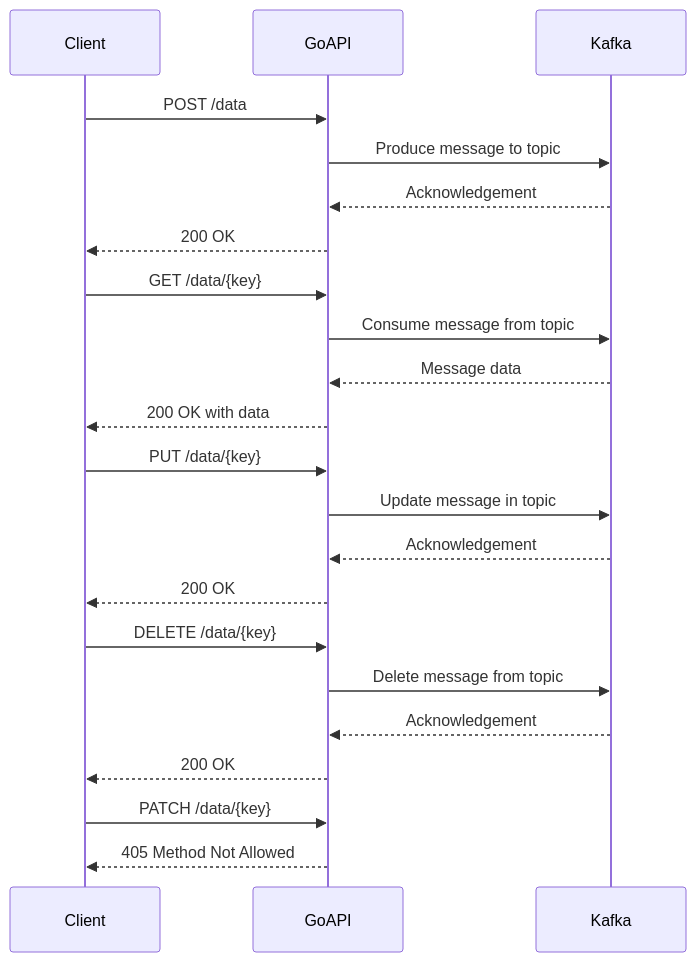
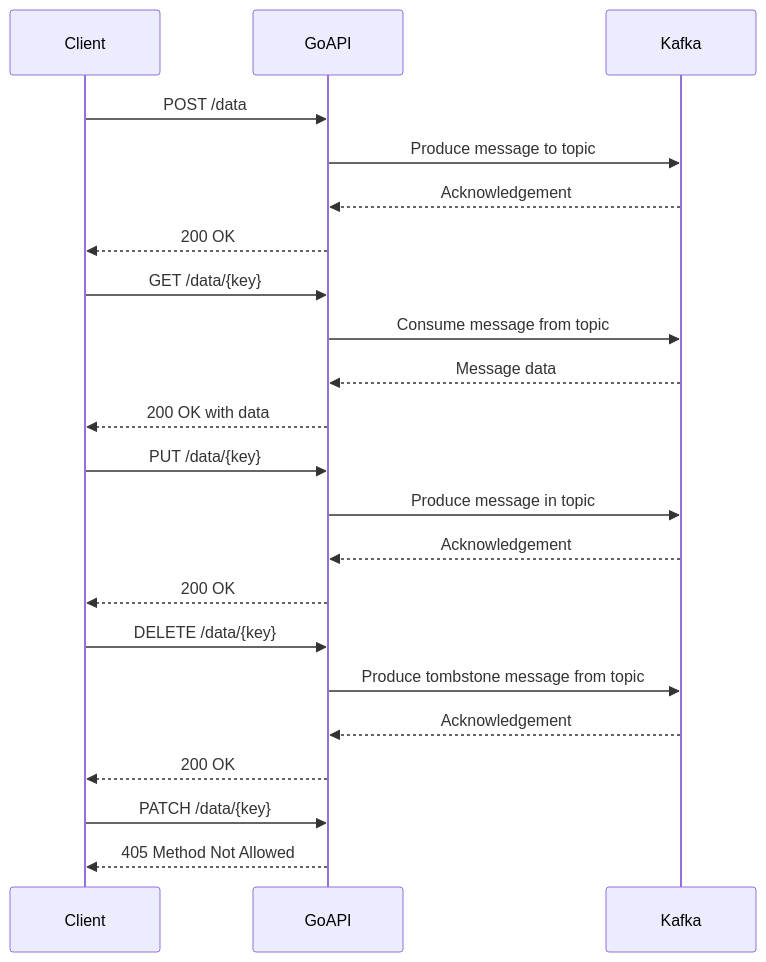
The diagram in README.md (arijitmazumdar/kafka-go-rest), drawn with Mermaid before and after one commit. The commit also changed other lines of this file, not shown here.

````diff
--- a/README.md
+++ b/README.md
@@ -7,30 +7,30 @@
 ```mermaid
 sequenceDiagram
     participant Client
     participant GoAPI
     participant Kafka
 
     Client->>GoAPI: POST /data
     GoAPI->>Kafka: Produce message to topic
     Kafka-->>GoAPI: Acknowledgement
     GoAPI-->>Client: 200 OK
 
     Client->>GoAPI: GET /data/{key}
     GoAPI->>Kafka: Consume message from topic
     Kafka-->>GoAPI: Message data
     GoAPI-->>Client: 200 OK with data
 
     Client->>GoAPI: PUT /data/{key}
-    GoAPI->>Kafka: Update message in topic
+    GoAPI->>Kafka: Produce message in topic
     Kafka-->>GoAPI: Acknowledgement
     GoAPI-->>Client: 200 OK
 
     Client->>GoAPI: DELETE /data/{key}
-    GoAPI->>Kafka: Delete message from topic
+    GoAPI->>Kafka: Produce tombstone message from topic
     Kafka-->>GoAPI: Acknowledgement
     GoAPI-->>Client: 200 OK
 
     Client->>GoAPI: PATCH /data/{key}
     GoAPI-->>Client: 405 Method Not Allowed
 
 ```
````
